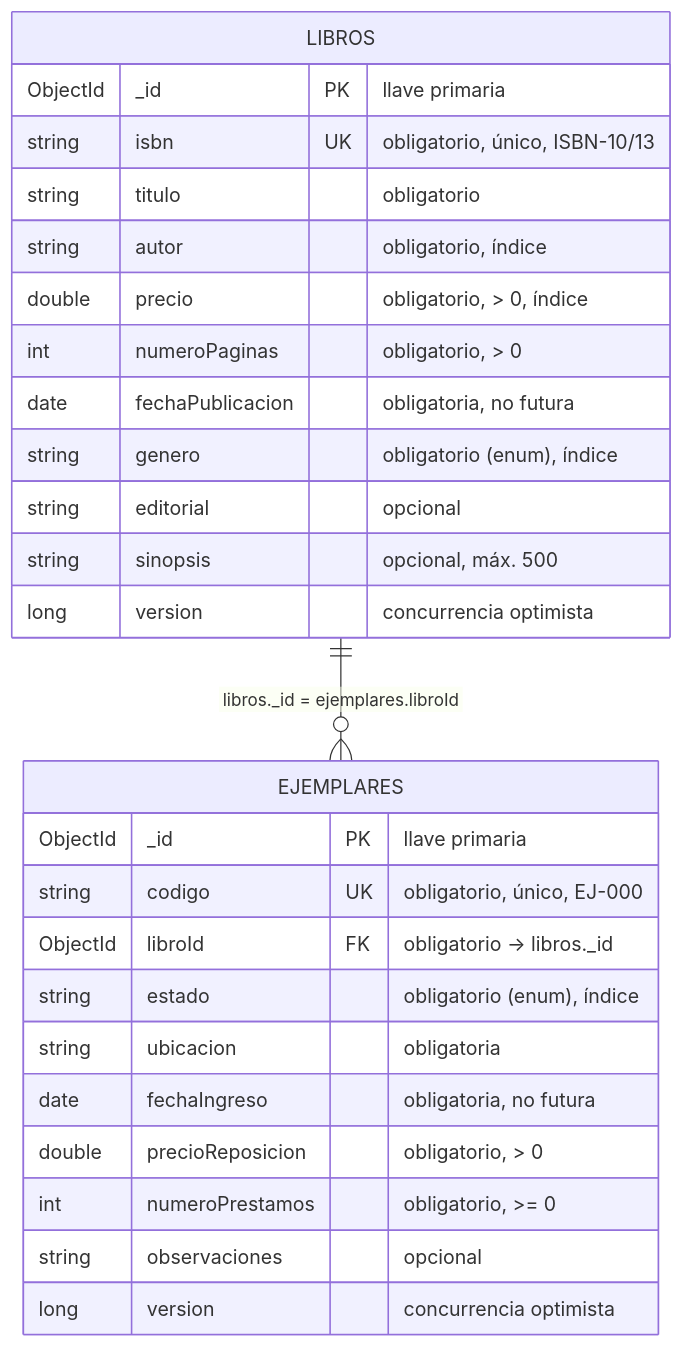
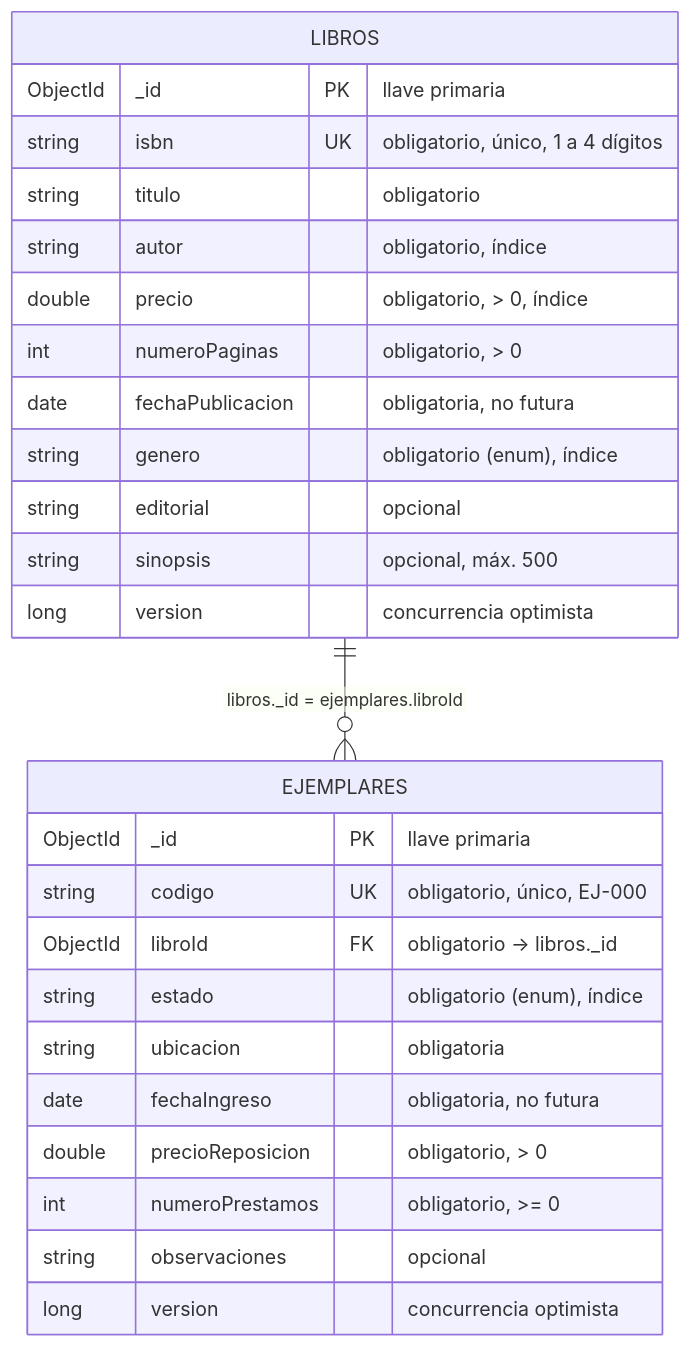
Before and after one commit to Milan32555/tercer-prototipo-libreria: the second of 3 diagrams in README.md, drawn with Mermaid. The commit also changed other lines of this file and 55 other files, not shown here.

Commit message:
ISBN de 1 a 4 dígitos (servidor, web y app), base de entrega libreria_evaluacion vacía, Compass y visor de logs en la demo

````diff
--- a/README.md
+++ b/README.md
@@ -59,29 +59,29 @@
 ```mermaid
 erDiagram
     LIBROS ||--o{ EJEMPLARES : "libros._id = ejemplares.libroId"
     LIBROS {
         ObjectId _id PK "llave primaria"
-        string isbn UK "obligatorio, único, ISBN-10/13"
+        string isbn UK "obligatorio, único, 1 a 4 dígitos"
         string titulo "obligatorio"
         string autor "obligatorio, índice"
         double precio "obligatorio, > 0, índice"
         int numeroPaginas "obligatorio, > 0"
         date fechaPublicacion "obligatoria, no futura"
         string genero "obligatorio (enum), índice"
         string editorial "opcional"
         string sinopsis "opcional, máx. 500"
         long version "concurrencia optimista"
     }
     EJEMPLARES {
         ObjectId _id PK "llave primaria"
         string codigo UK "obligatorio, único, EJ-000"
         ObjectId libroId FK "obligatorio → libros._id"
         string estado "obligatorio (enum), índice"
         string ubicacion "obligatoria"
         date fechaIngreso "obligatoria, no futura"
         double precioReposicion "obligatorio, > 0"
         int numeroPrestamos "obligatorio, >= 0"
         string observaciones "opcional"
         long version "concurrencia optimista"
     }
 ```
````
